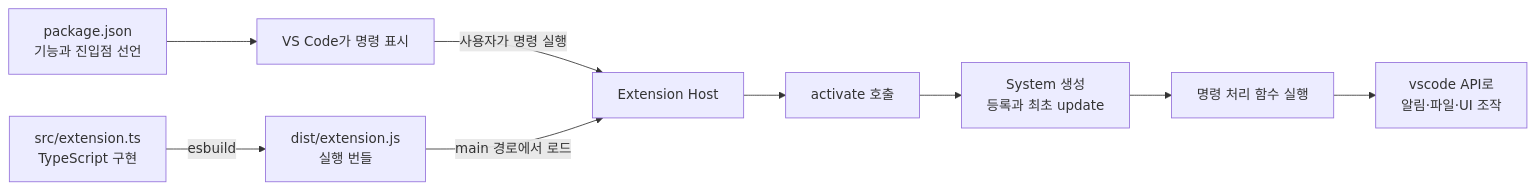
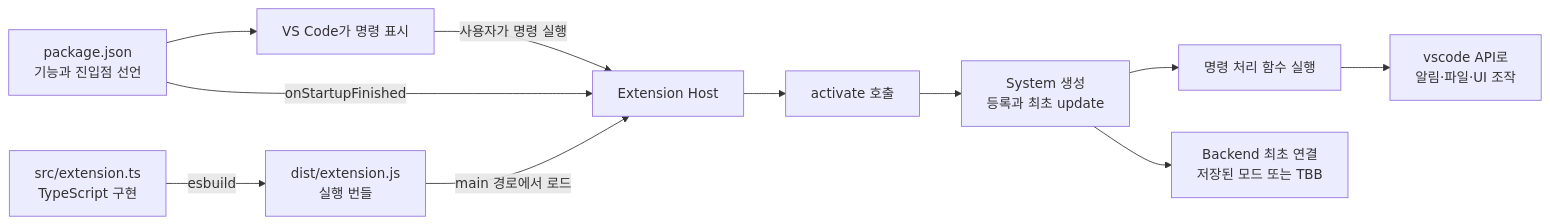
One commit to Wontae-Lee/atlas-engine-extension changed the diagram in docs/vscode.md. Above: the diagram before and after it, drawn with Mermaid. The commit also changed other lines of this file and 7 other files, not shown here.

````diff
--- a/docs/vscode.md
+++ b/docs/vscode.md
@@ -14,11 +14,13 @@
 ```mermaid
 flowchart LR
     A[package.json<br/>기능과 진입점 선언] --> B[VS Code가 명령 표시]
     C[src/extension.ts<br/>TypeScript 구현] -->|esbuild| D[dist/extension.js<br/>실행 번들]
     B -->|사용자가 명령 실행| E[Extension Host]
+    A -->|onStartupFinished| E
     D -->|main 경로에서 로드| E
     E --> F[activate 호출]
     F --> G[System 생성<br/>등록과 최초 update]
     G --> H[명령 처리 함수 실행]
+    G --> J[Backend 최초 연결<br/>저장된 모드 또는 TBB]
     H --> I[vscode API로<br/>알림·파일·UI 조작]
 ```
````
